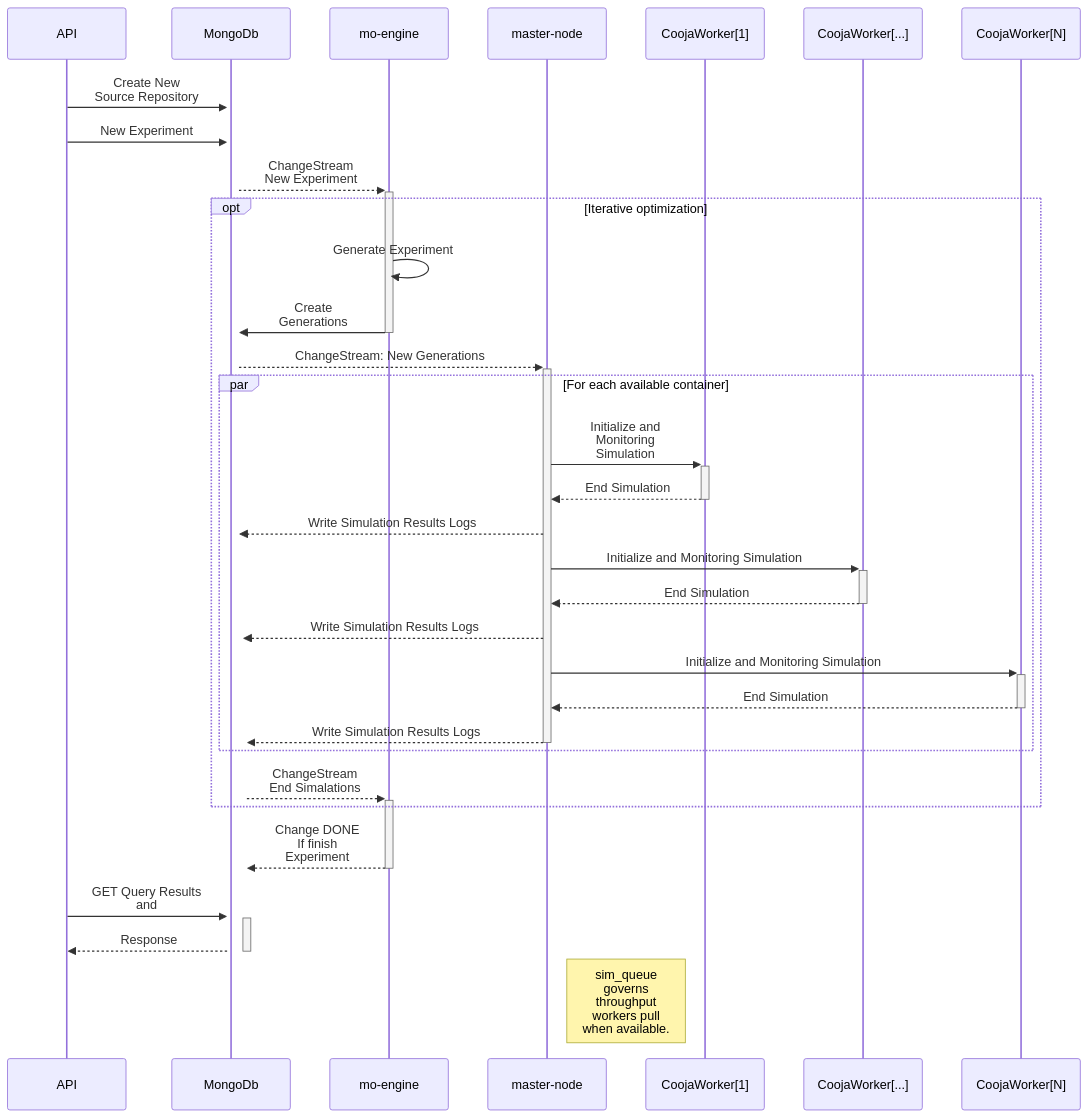
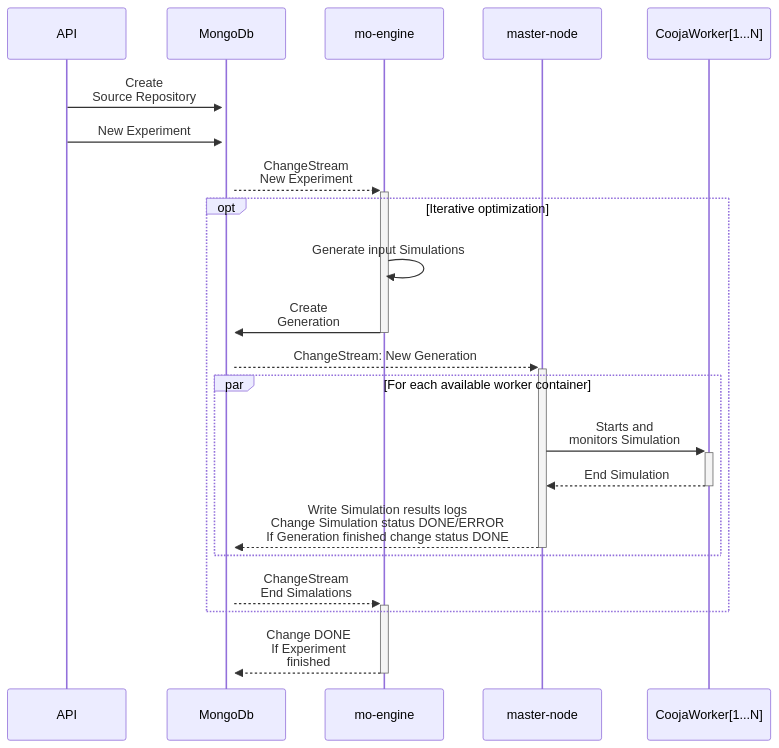
One commit to JunioCesarFerreira/Cooja-MO-SimLab changed the diagram in README.md. Above: the diagram before and after it, drawn with Mermaid.

Commit message:
update README simple sequence diagram only pt version

````diff
--- a/README.md
+++ b/README.md
@@ -40,34 +40,21 @@
 ```mermaid
 sequenceDiagram
-    API->>+MongoDb: Create New<br/> Source Repository
+    API->>+MongoDb: Create<br/>Source Repository
     API->>+MongoDb: New Experiment
     
     MongoDb-->>+mo-engine: ChangeStream<br/>New Experiment
     
     opt Iterative optimization
-        mo-engine->>mo-engine: Generate Experiment
-        mo-engine->>-MongoDb: Create<br/>Generations
+        mo-engine->>mo-engine: Generate input Simulations
+        mo-engine->>-MongoDb: Create<br/>Generation
         
-        MongoDb-->>+master-node: ChangeStream: New Generations
-        par For each available container
-            master-node->>+CoojaWorker[1]: Initialize and<br/> Monitoring<br/> Simulation
-            CoojaWorker[1]-->>-master-node: End Simulation              
-            master-node-->>+MongoDb: Write Simulation Results Logs
-            
-            master-node->>+CoojaWorker[...]: Initialize and Monitoring Simulation
-            CoojaWorker[...]-->>-master-node: End Simulation      
-            master-node-->>+MongoDb: Write Simulation Results Logs
-            
-            master-node->>+CoojaWorker[N]: Initialize and Monitoring Simulation
-            CoojaWorker[N]-->>-master-node: End Simulation            
-            master-node-->>-MongoDb: Write Simulation Results Logs
+        MongoDb-->>+master-node: ChangeStream: New Generation
+        par For each available worker container
+            master-node->>+CoojaWorker[1...N]: Starts and<br/>monitors Simulation
+            CoojaWorker[1...N]-->>-master-node: End Simulation              
+            master-node-->>-MongoDb: Write Simulation results logs<br/>Change Simulation status DONE/ERROR<br/>If Generation finished change status DONE
         end
         MongoDb-->>+mo-engine: ChangeStream<br/>End Simalations 
     end
-    mo-engine-->>-MongoDb: Change DONE<br/>If finish<br/>Experiment
-
-    API->>+MongoDb: GET Query Results<br/>and 
-    MongoDb-->>-API: Response
-
-    Note right of master-node: sim_queue<br/>governs<br/>throughput<br/>workers pull<br/>when available.
+    mo-engine-->>-MongoDb: Change DONE<br/>If Experiment<br/>finished
 ```
````
